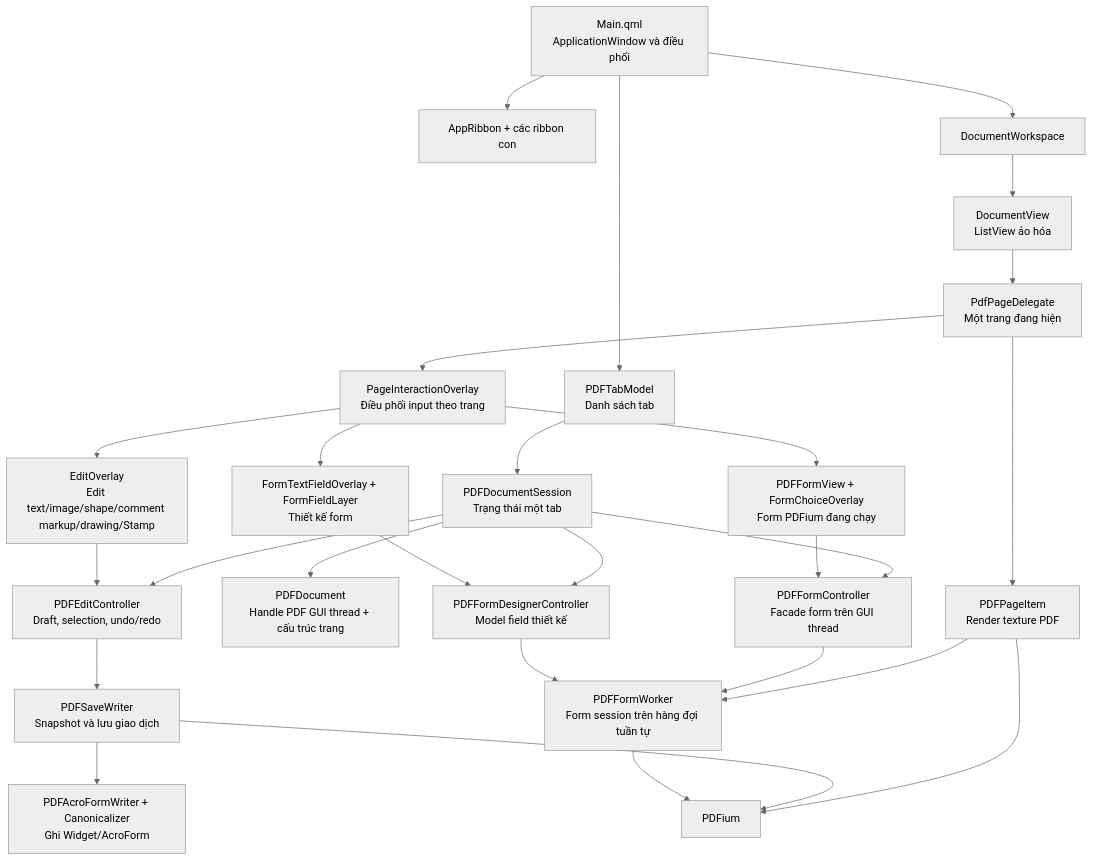
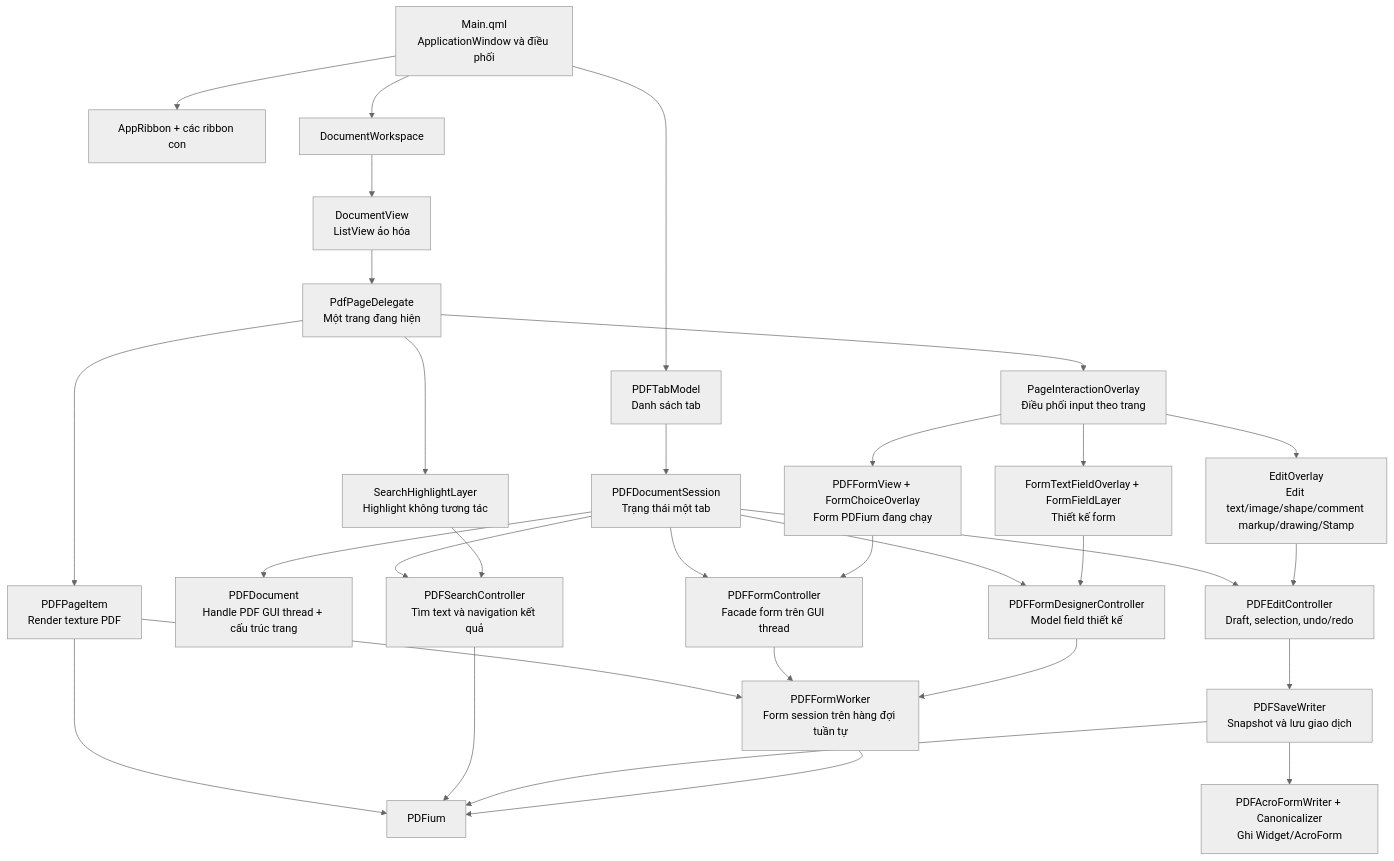
One commit to RaymondHuy/TrePDF changed the diagram in docs/source-file-map.md. Above: the diagram before and after it, drawn with Mermaid (neutral theme). The commit also changed other lines of this file and 21 other files, not shown here.

````diff
--- a/docs/source-file-map.md
+++ b/docs/source-file-map.md
@@ -25,50 +25,56 @@
 ```mermaid
 flowchart TD
     Main["Main.qml\nApplicationWindow và điều phối"]
     Ribbon["AppRibbon + các ribbon con"]
     Tabs["PDFTabModel\nDanh sách tab"]
     Session["PDFDocumentSession\nTrạng thái một tab"]
     Workspace["DocumentWorkspace"]
     View["DocumentView\nListView ảo hóa"]
     Delegate["PdfPageDelegate\nMột trang đang hiện"]
     PageItem["PDFPageItem\nRender texture PDF"]
+    SearchLayer["SearchHighlightLayer\nHighlight không tương tác"]
     Interaction["PageInteractionOverlay\nĐiều phối input theo trang"]
     EditOverlay["EditOverlay\nEdit text/image/shape/comment markup/drawing/Stamp"]
     FormView["PDFFormView + FormChoiceOverlay\nForm PDFium đang chạy"]
     Designer["FormTextFieldOverlay + FormFieldLayer\nThiết kế form"]
     Document["PDFDocument\nHandle PDF GUI thread + cấu trúc trang"]
     Edit["PDFEditController\nDraft, selection, undo/redo"]
+    Search["PDFSearchController\nTìm text và navigation kết quả"]
     Form["PDFFormController\nFacade form trên GUI thread"]
     FormDesigner["PDFFormDesignerController\nModel field thiết kế"]
     Worker["PDFFormWorker\nForm session trên hàng đợi tuần tự"]
     Save["PDFSaveWriter\nSnapshot và lưu giao dịch"]
     Acro["PDFAcroFormWriter + Canonicalizer\nGhi Widget/AcroForm"]
     Pdfium["PDFium"]
 
     Main --> Ribbon
     Main --> Tabs
     Tabs --> Session
     Main --> Workspace
     Workspace --> View
     View --> Delegate
     Delegate --> PageItem
+    Delegate --> SearchLayer
     Delegate --> Interaction
     Interaction --> EditOverlay
     Interaction --> FormView
     Interaction --> Designer
     Session --> Document
     Session --> Edit
+    Session --> Search
     Session --> Form
     Session --> FormDesigner
     PageItem --> Worker
     PageItem --> Pdfium
+    SearchLayer --> Search
+    Search --> Pdfium
     EditOverlay --> Edit
     FormView --> Form
     Form --> Worker
     Designer --> FormDesigner
     FormDesigner --> Worker
     Edit --> Save
     Save --> Acro
     Save --> Pdfium
     Worker --> Pdfium
 ```
````
